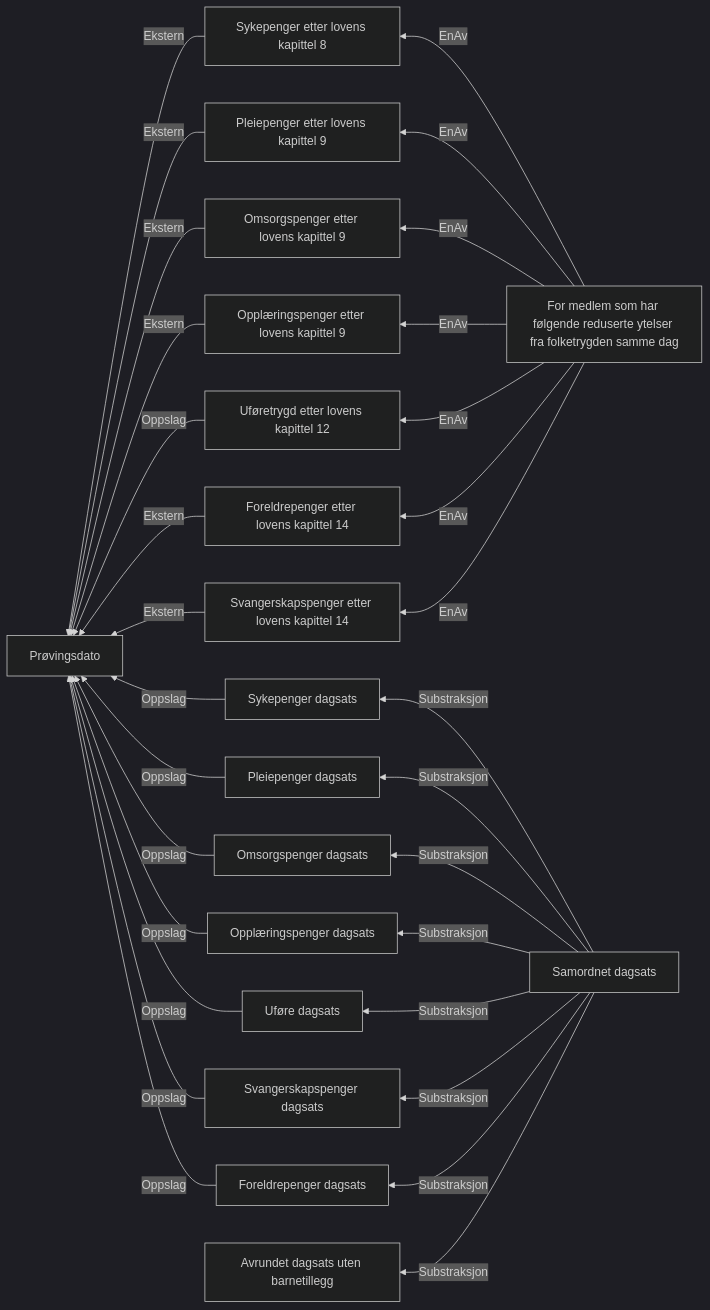
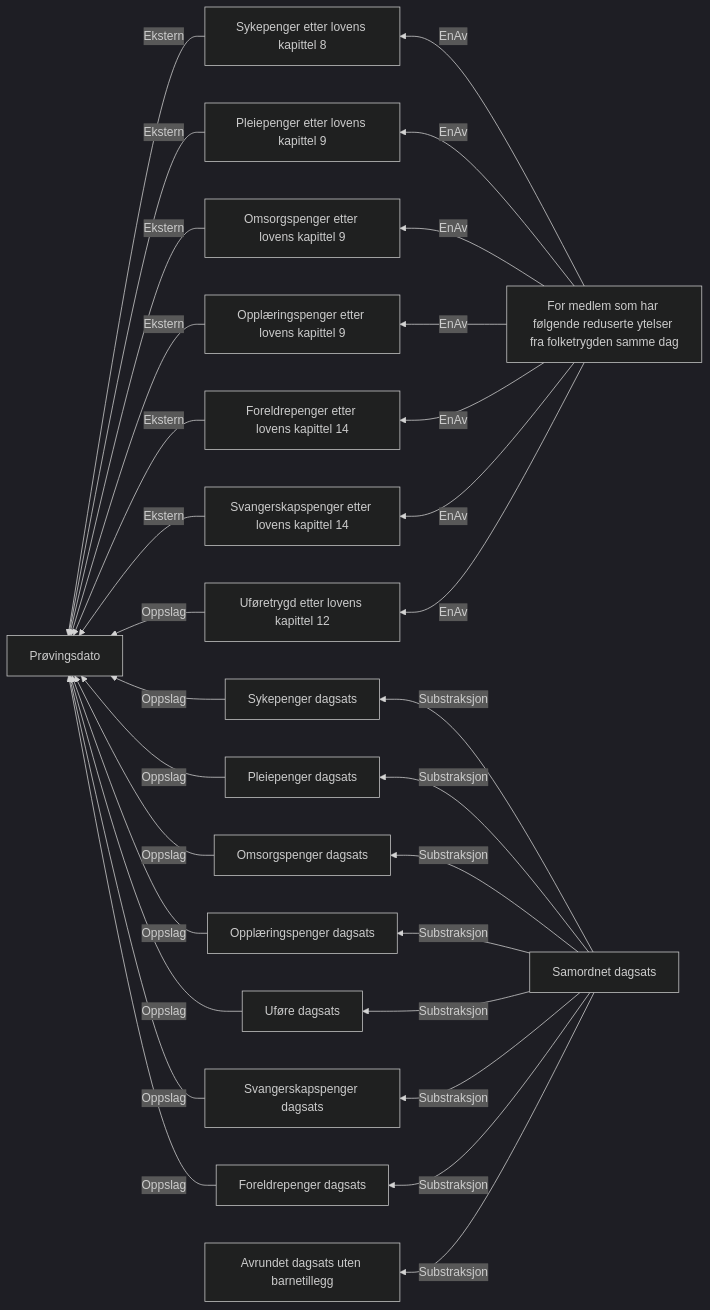
One commit to navikt/dp-vedtak changed the diagram in docs/regler/§ 4-25.Samordning med reduserte ytelser fra folketrygden, eller redusert avtalefestet pensjon.approved.md. Above: the diagram before and after it, drawn with Mermaid (dark theme). The commit also changed 11 other files, not shown here.

````diff
--- a/docs/regler/§ 4-25.Samordning med reduserte ytelser fra folketrygden, eller redusert avtalefestet pensjon.approved.md
+++ b/docs/regler/§ 4-25.Samordning med reduserte ytelser fra folketrygden, eller redusert avtalefestet pensjon.approved.md
@@ -5,32 +5,32 @@
 ```mermaid
 graph RL
   A["Sykepenger etter lovens kapittel 8"] -->|"Ekstern"| B["Prøvingsdato"]
   C["Pleiepenger etter lovens kapittel 9"] -->|"Ekstern"| B["Prøvingsdato"]
   D["Omsorgspenger etter lovens kapittel 9"] -->|"Ekstern"| B["Prøvingsdato"]
   E["Opplæringspenger etter lovens kapittel 9"] -->|"Ekstern"| B["Prøvingsdato"]
-  F["Uføretrygd etter lovens kapittel 12"] -->|"Oppslag"| B["Prøvingsdato"]
-  G["Foreldrepenger etter lovens kapittel 14"] -->|"Ekstern"| B["Prøvingsdato"]
-  H["Svangerskapspenger etter lovens kapittel 14"] -->|"Ekstern"| B["Prøvingsdato"]
+  F["Foreldrepenger etter lovens kapittel 14"] -->|"Ekstern"| B["Prøvingsdato"]
+  G["Svangerskapspenger etter lovens kapittel 14"] -->|"Ekstern"| B["Prøvingsdato"]
+  H["Uføretrygd etter lovens kapittel 12"] -->|"Oppslag"| B["Prøvingsdato"]
   I["Sykepenger dagsats"] -->|"Oppslag"| B["Prøvingsdato"]
   J["Pleiepenger dagsats"] -->|"Oppslag"| B["Prøvingsdato"]
   K["Omsorgspenger dagsats"] -->|"Oppslag"| B["Prøvingsdato"]
   L["Opplæringspenger dagsats"] -->|"Oppslag"| B["Prøvingsdato"]
   M["Uføre dagsats"] -->|"Oppslag"| B["Prøvingsdato"]
   N["Svangerskapspenger dagsats"] -->|"Oppslag"| B["Prøvingsdato"]
   O["Foreldrepenger dagsats"] -->|"Oppslag"| B["Prøvingsdato"]
   P["Samordnet dagsats"] -->|"Substraksjon"| Q["Avrundet dagsats uten barnetillegg"]
   P["Samordnet dagsats"] -->|"Substraksjon"| I["Sykepenger dagsats"]
   P["Samordnet dagsats"] -->|"Substraksjon"| J["Pleiepenger dagsats"]
   P["Samordnet dagsats"] -->|"Substraksjon"| K["Omsorgspenger dagsats"]
   P["Samordnet dagsats"] -->|"Substraksjon"| L["Opplæringspenger dagsats"]
   P["Samordnet dagsats"] -->|"Substraksjon"| M["Uføre dagsats"]
   P["Samordnet dagsats"] -->|"Substraksjon"| O["Foreldrepenger dagsats"]
   P["Samordnet dagsats"] -->|"Substraksjon"| N["Svangerskapspenger dagsats"]
   R["For medlem som har følgende reduserte ytelser fra folketrygden samme dag"] -->|"EnAv"| A["Sykepenger etter lovens kapittel 8"]
   R["For medlem som har følgende reduserte ytelser fra folketrygden samme dag"] -->|"EnAv"| C["Pleiepenger etter lovens kapittel 9"]
   R["For medlem som har følgende reduserte ytelser fra folketrygden samme dag"] -->|"EnAv"| D["Omsorgspenger etter lovens kapittel 9"]
   R["For medlem som har følgende reduserte ytelser fra folketrygden samme dag"] -->|"EnAv"| E["Opplæringspenger etter lovens kapittel 9"]
-  R["For medlem som har følgende reduserte ytelser fra folketrygden samme dag"] -->|"EnAv"| F["Uføretrygd etter lovens kapittel 12"]
-  R["For medlem som har følgende reduserte ytelser fra folketrygden samme dag"] -->|"EnAv"| G["Foreldrepenger etter lovens kapittel 14"]
-  R["For medlem som har følgende reduserte ytelser fra folketrygden samme dag"] -->|"EnAv"| H["Svangerskapspenger etter lovens kapittel 14"]
+  R["For medlem som har følgende reduserte ytelser fra folketrygden samme dag"] -->|"EnAv"| H["Uføretrygd etter lovens kapittel 12"]
+  R["For medlem som har følgende reduserte ytelser fra folketrygden samme dag"] -->|"EnAv"| F["Foreldrepenger etter lovens kapittel 14"]
+  R["For medlem som har følgende reduserte ytelser fra folketrygden samme dag"] -->|"EnAv"| G["Svangerskapspenger etter lovens kapittel 14"]
 ```
````
